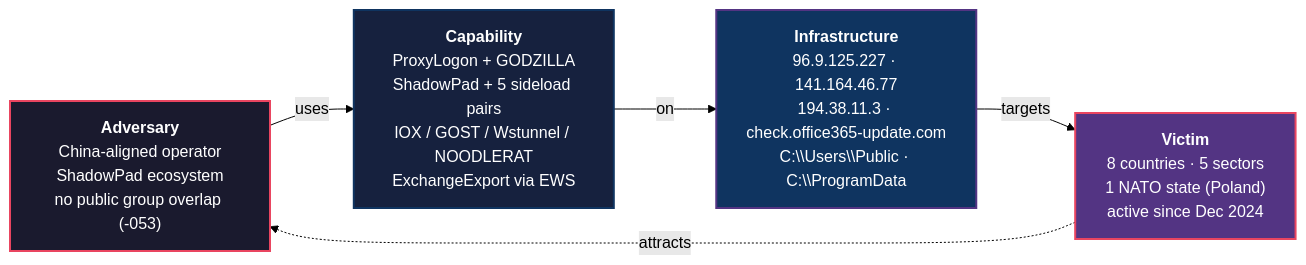
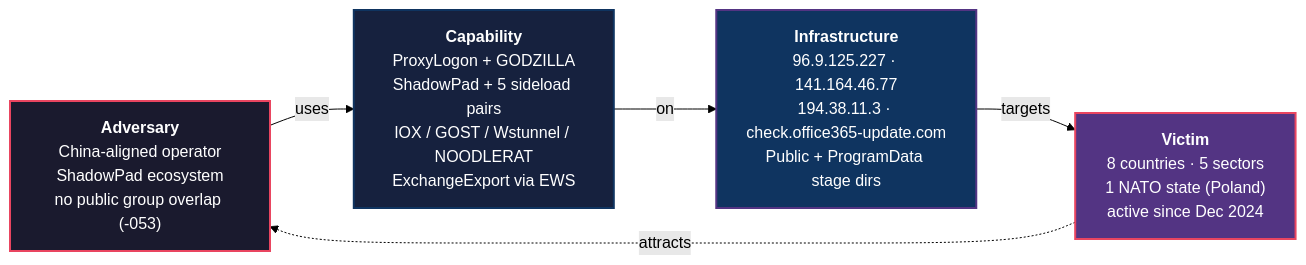
The first of 9 diagrams in content/posts/shadow-earth-053-fleet-detections/index.md (karmine05/dirtyfrag-blog), drawn with Mermaid (forest theme) before and after one commit. The commit also changed other lines of this file and 2 other files, not shown here.

First line of the commit message:
content(threat-intel): SE053 post v3 — threat-brief tone + SVG overflow + Mermaid fixes

```diff
--- a/content/posts/shadow-earth-053-fleet-detections/index.md
+++ b/content/posts/shadow-earth-053-fleet-detections/index.md
@@ -58,15 +63,15 @@
 {{< mermaid >}}
 graph LR
   classDef adv  fill:#1a1a2e,stroke:#e94560,color:#fff,stroke-width:2px
   classDef cap  fill:#16213e,stroke:#0f3460,color:#fff,stroke-width:2px
   classDef inf  fill:#0f3460,stroke:#533483,color:#fff,stroke-width:2px
   classDef vic  fill:#533483,stroke:#e94560,color:#fff,stroke-width:2px
-  A["<b>Adversary</b><br/>China-aligned operator<br/>ShadowPad ecosystem<br/>no public group overlap (-053)"]:::adv
-  C["<b>Capability</b><br/>ProxyLogon + GODZILLA<br/>ShadowPad + 5 sideload pairs<br/>IOX / GOST / Wstunnel / NOODLERAT<br/>ExchangeExport via EWS"]:::cap
-  I["<b>Infrastructure</b><br/>96.9.125.227 · 141.164.46.77<br/>194.38.11.3 · check.office365-update.com<br/>C:\\Users\\Public · C:\\ProgramData"]:::inf
-  V["<b>Victim</b><br/>8 countries · 5 sectors<br/>1 NATO state (Poland)<br/>active since Dec 2024"]:::vic
+  A["<b>Adversary</b><br>China-aligned operator<br>ShadowPad ecosystem<br>no public group overlap (-053)"]:::adv
+  C["<b>Capability</b><br>ProxyLogon + GODZILLA<br>ShadowPad + 5 sideload pairs<br>IOX / GOST / Wstunnel / NOODLERAT<br>ExchangeExport via EWS"]:::cap
+  I["<b>Infrastructure</b><br>96.9.125.227 · 141.164.46.77<br>194.38.11.3 · check.office365-update.com<br>Public + ProgramData stage dirs"]:::inf
+  V["<b>Victim</b><br>8 countries · 5 sectors<br>1 NATO state (Poland)<br>active since Dec 2024"]:::vic
   A -->|uses| C
   C -->|on| I
   I -->|targets| V
   V -.->|attracts| A
 {{< /mermaid >}}
```
